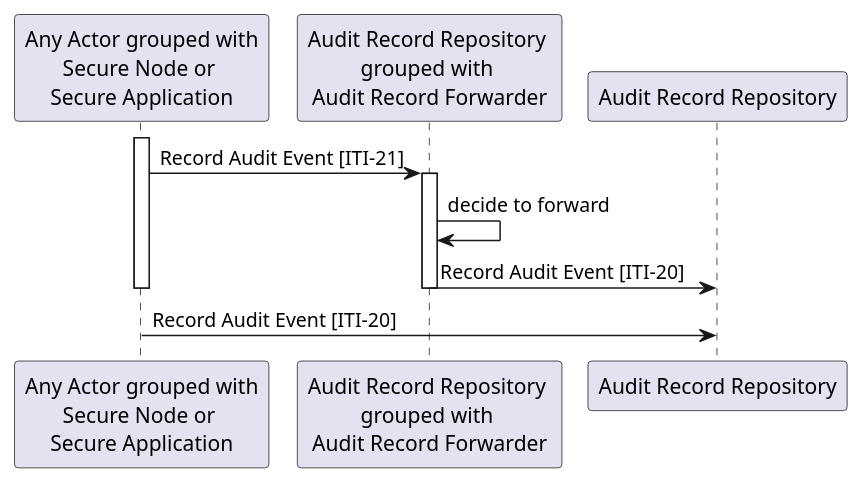
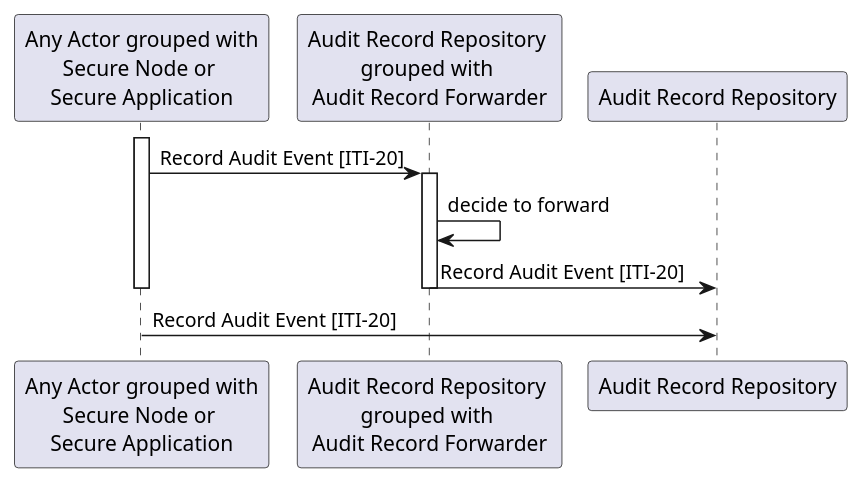
One commit to IHE/publications changed the diagram in ITI/TF/Volume2/media/Figure_3.20.4-1.pu. Above: the diagram before and after it, drawn with PlantUML. The commit also changed 1 other file, not shown here.

```diff
--- a/ITI/TF/Volume2/media/Figure_3.20.4-1.pu
+++ b/ITI/TF/Volume2/media/Figure_3.20.4-1.pu
@@ -1,13 +1,13 @@
 @startuml
 Participant "Any Actor grouped with\nSecure Node or \nSecure Application" as SecureNode
 Participant "Audit Record Repository \ngrouped with \nAudit Record Forwarder" as AuditForwarder
 Participant "Audit Record Repository" as AuditRepository
 activate SecureNode
-SecureNode -> AuditForwarder++: Record Audit Event [ITI-21]
+SecureNode -> AuditForwarder++: Record Audit Event [ITI-20]
 AuditForwarder -> AuditForwarder: decide to forward
 AuditForwarder -> AuditRepository: Record Audit Event [ITI-20]
 deactivate AuditForwarder
 deactivate SecureNode
 
 SecureNode -> AuditRepository: Record Audit Event [ITI-20]
 @enduml
```
